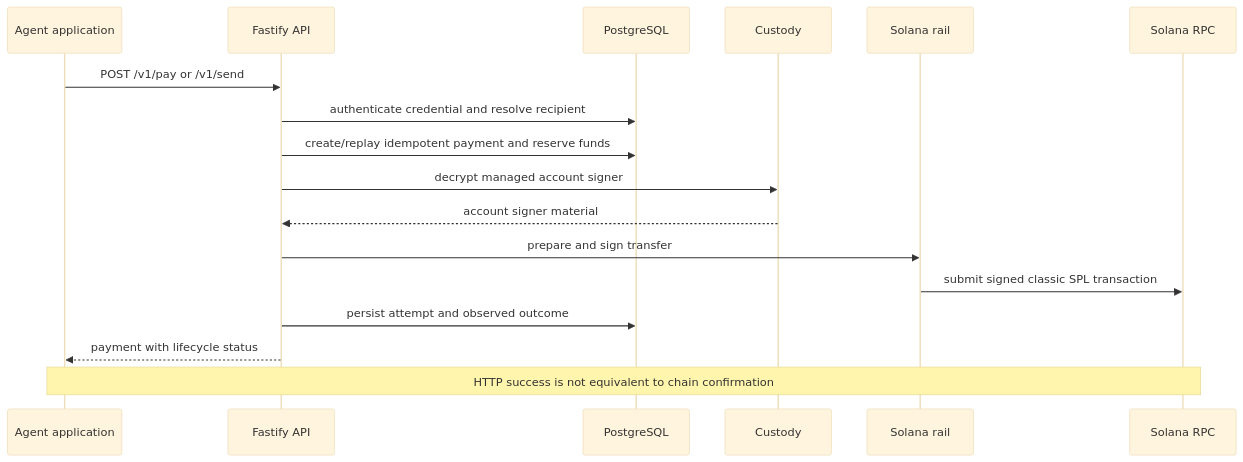
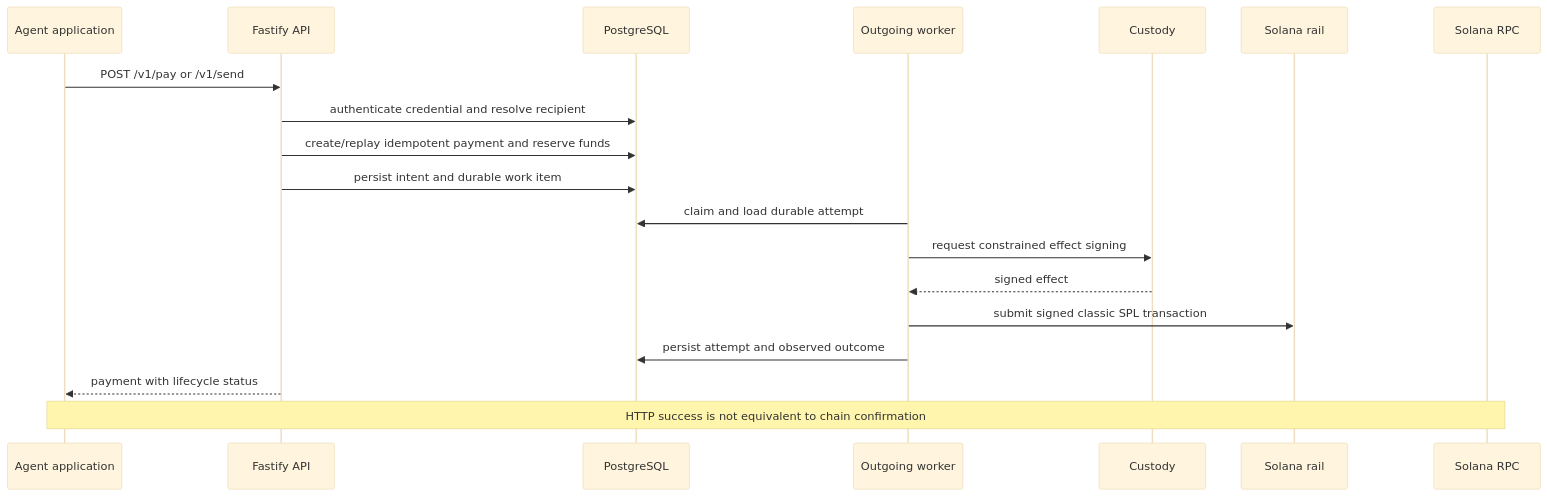
The second of 3 diagrams in docs/architecture.md (amblackrust/agent-payment-account), drawn with Mermaid (base theme) before and after one commit. The commit also changed other lines of this file and 7 other files, not shown here.

````diff
--- a/docs/architecture.md
+++ b/docs/architecture.md
@@ -64,20 +67,22 @@
 ```mermaid
 sequenceDiagram
   participant A as Agent application
   participant API as Fastify API
   participant DB as PostgreSQL
+  participant W as Outgoing worker
   participant C as Custody
   participant S as Solana rail
   participant R as Solana RPC
 
   A->>API: POST /v1/pay or /v1/send
   API->>DB: authenticate credential and resolve recipient
   API->>DB: create/replay idempotent payment and reserve funds
-  API->>C: decrypt managed account signer
-  C-->>API: account signer material
-  API->>S: prepare and sign transfer
-  S->>R: submit signed classic SPL transaction
-  API->>DB: persist attempt and observed outcome
+  API->>DB: persist intent and durable work item
+  W->>DB: claim and load durable attempt
+  W->>C: request constrained effect signing
+  C-->>W: signed effect
+  W->>S: submit signed classic SPL transaction
+  W->>DB: persist attempt and observed outcome
   API-->>A: payment with lifecycle status
   Note over A,R: HTTP success is not equivalent to chain confirmation
 ```
````
